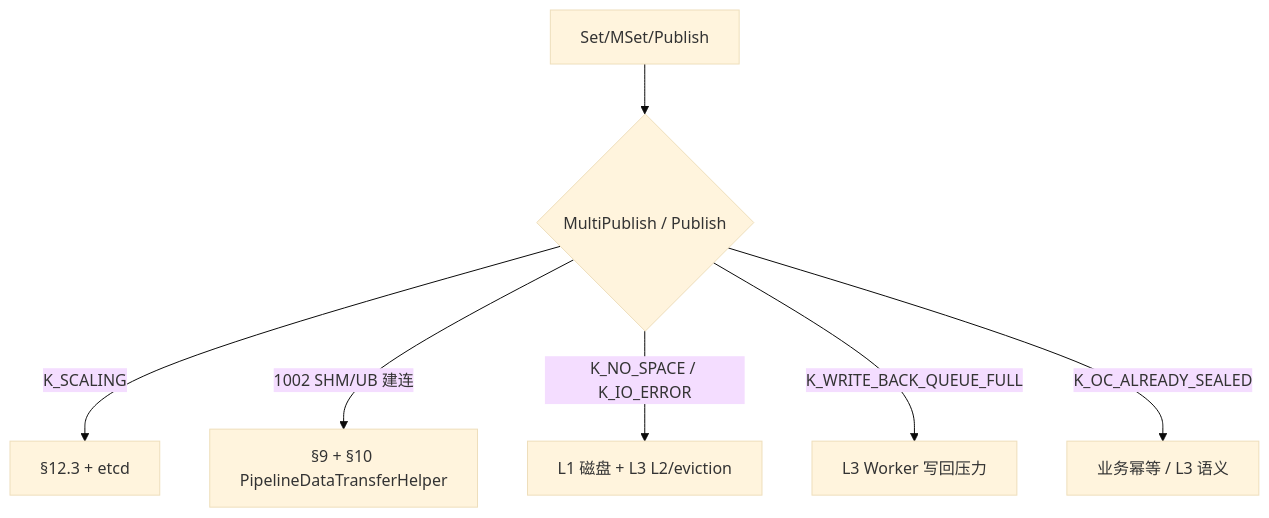
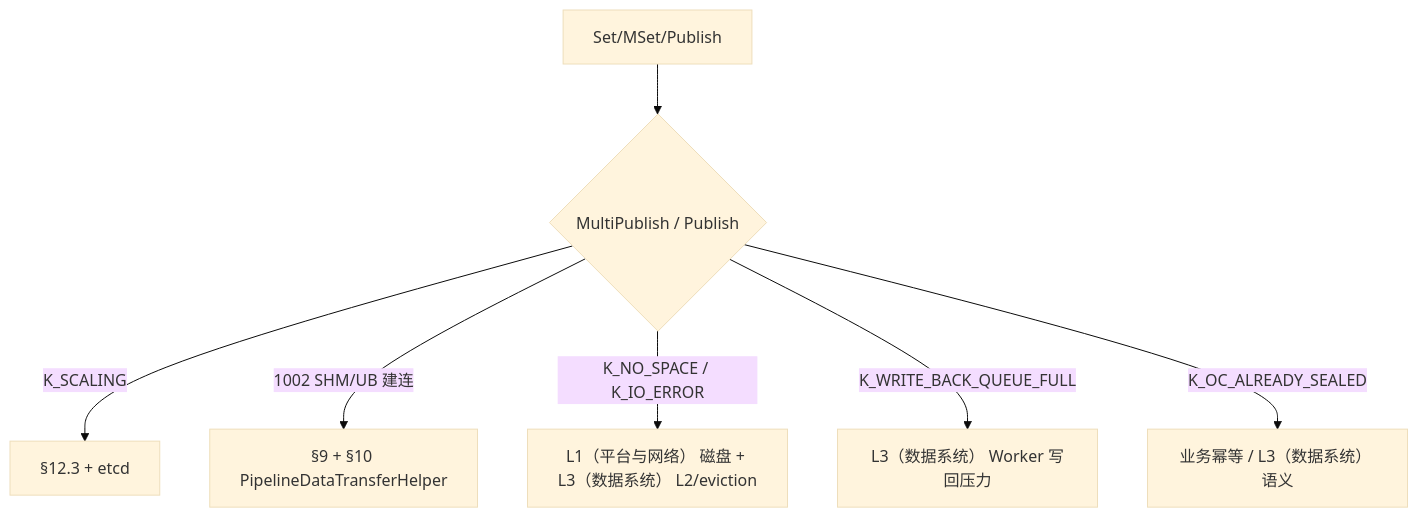
Before and after one commit to CheYulin/Docs: the seventh of 7 diagrams in docs/observable/kv-场景-故障分类与责任边界.md, drawn with Mermaid (base theme). The commit also changed other lines of this file and 2 other files, not shown here.

````diff
--- a/docs/observable/kv-场景-故障分类与责任边界.md
+++ b/docs/observable/kv-场景-故障分类与责任边界.md
@@ -532,9 +534,9 @@
 ```mermaid
 flowchart TD
   P1[Set/MSet/Publish] --> P2{MultiPublish / Publish}
   P2 -->|K_SCALING| P3[§12.3 + etcd]
   P2 -->|1002 SHM/UB 建连| P4[§9 + §10 PipelineDataTransferHelper]
-  P2 -->|K_NO_SPACE / K_IO_ERROR| P5[L1 磁盘 + L3 L2/eviction]
-  P2 -->|K_WRITE_BACK_QUEUE_FULL| P6[L3 Worker 写回压力]
-  P2 -->|K_OC_ALREADY_SEALED| P7[业务幂等 / L3 语义]
+  P2 -->|K_NO_SPACE / K_IO_ERROR| P5[L1（平台与网络） 磁盘 + L3（数据系统） L2/eviction]
+  P2 -->|K_WRITE_BACK_QUEUE_FULL| P6[L3（数据系统） Worker 写回压力]
+  P2 -->|K_OC_ALREADY_SEALED| P7[业务幂等 / L3（数据系统） 语义]
 ```
````
